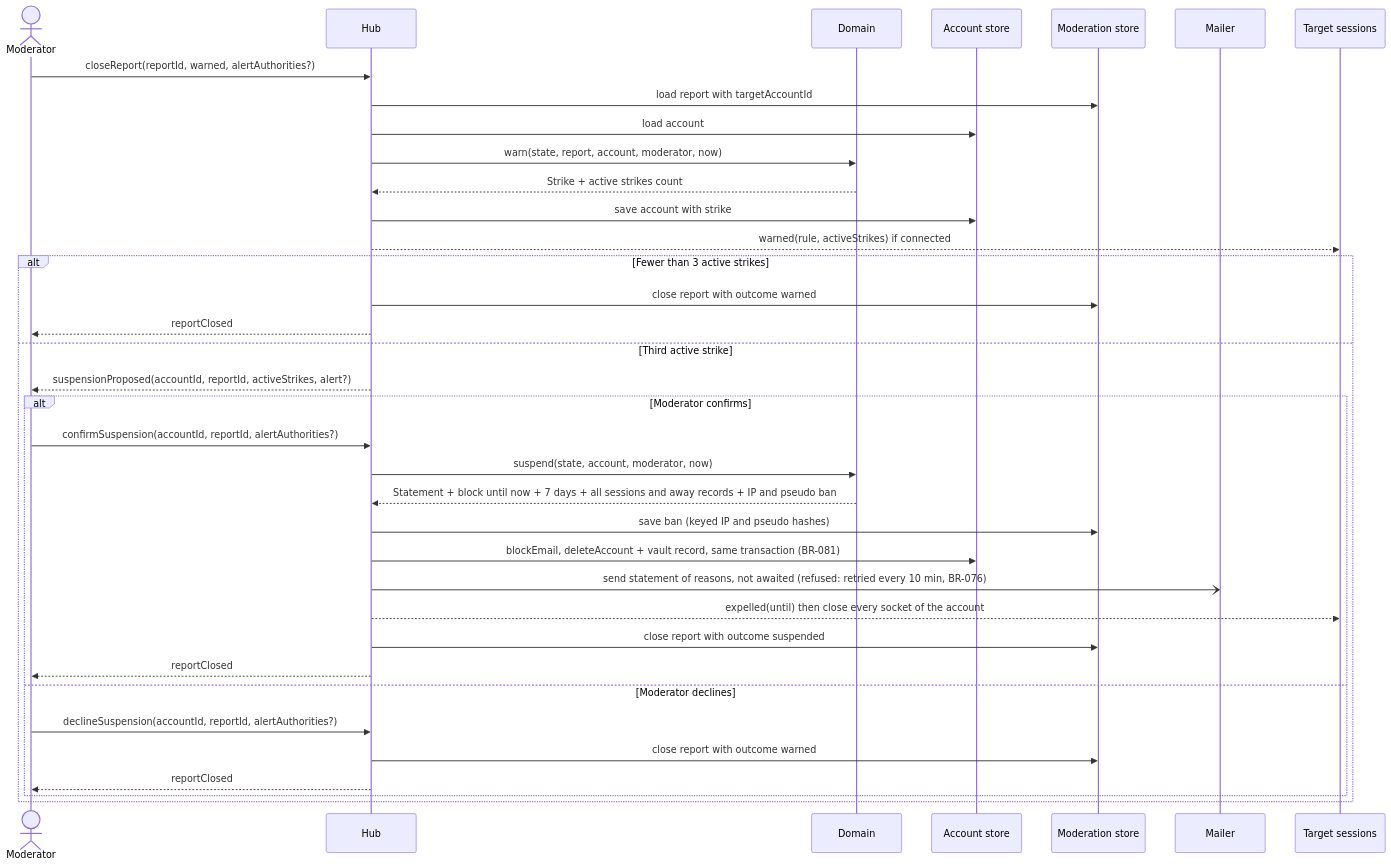
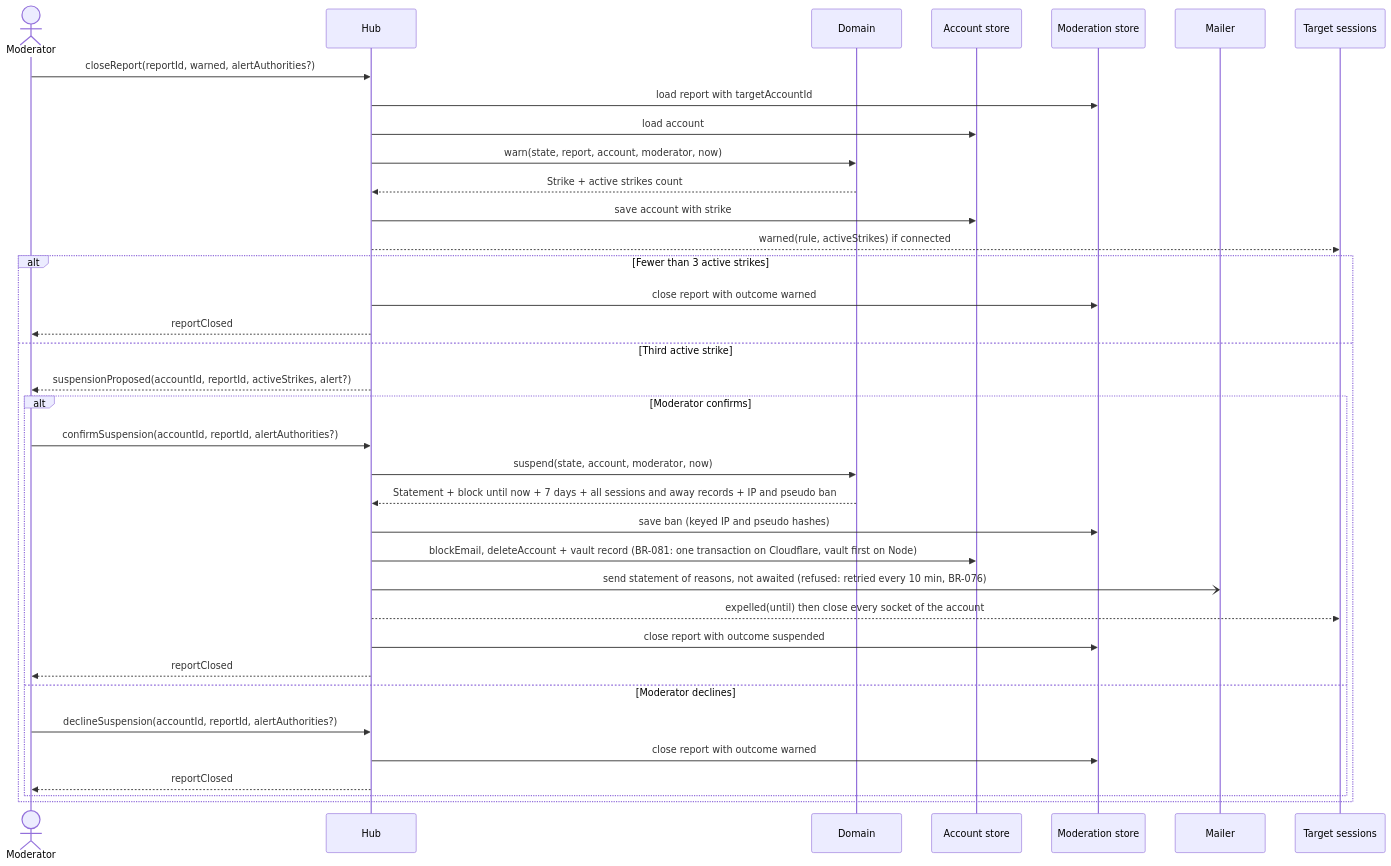
Before and after one commit to benoit-bremaud/asv: the diagram in docs/architecture/diagrams/moderation/02d-sequence-warn-and-suspend.md, drawn with Mermaid. The commit also changed 8 other files, not shown here.

Commit message:
docs(platform): point the vault closing docs at BR-081 and name the Cloudflare retries (9b)

````diff
--- a/docs/architecture/diagrams/moderation/02d-sequence-warn-and-suspend.md
+++ b/docs/architecture/diagrams/moderation/02d-sequence-warn-and-suspend.md
@@ -15,38 +15,38 @@
 ```mermaid
 sequenceDiagram
   actor M as Moderator
   participant H as Hub
   participant D as Domain
   participant AS as Account store
   participant ST as Moderation store
   participant ML as Mailer
   participant T as Target sessions
   M->>H: closeReport(reportId, warned, alertAuthorities?)
   H->>ST: load report with targetAccountId
   H->>AS: load account
   H->>D: warn(state, report, account, moderator, now)
   D-->>H: Strike + active strikes count
   H->>AS: save account with strike
   H-->>T: warned(rule, activeStrikes) if connected
   alt Fewer than 3 active strikes
     H->>ST: close report with outcome warned
     H-->>M: reportClosed
   else Third active strike
     H-->>M: suspensionProposed(accountId, reportId, activeStrikes, alert?)
     alt Moderator confirms
       M->>H: confirmSuspension(accountId, reportId, alertAuthorities?)
       H->>D: suspend(state, account, moderator, now)
       D-->>H: Statement + block until now + 7 days + all sessions and away records + IP and pseudo ban
       H->>ST: save ban (keyed IP and pseudo hashes)
-      H->>AS: blockEmail, deleteAccount + vault record, same transaction (BR-081)
+      H->>AS: blockEmail, deleteAccount + vault record (BR-081: one transaction on Cloudflare, vault first on Node)
       H-)ML: send statement of reasons, not awaited (refused: retried every 10 min, BR-076)
       H-->>T: expelled(until) then close every socket of the account
       H->>ST: close report with outcome suspended
       H-->>M: reportClosed
     else Moderator declines
       M->>H: declineSuspension(accountId, reportId, alertAuthorities?)
       H->>ST: close report with outcome warned
       H-->>M: reportClosed
     end
   end
 ```
````
